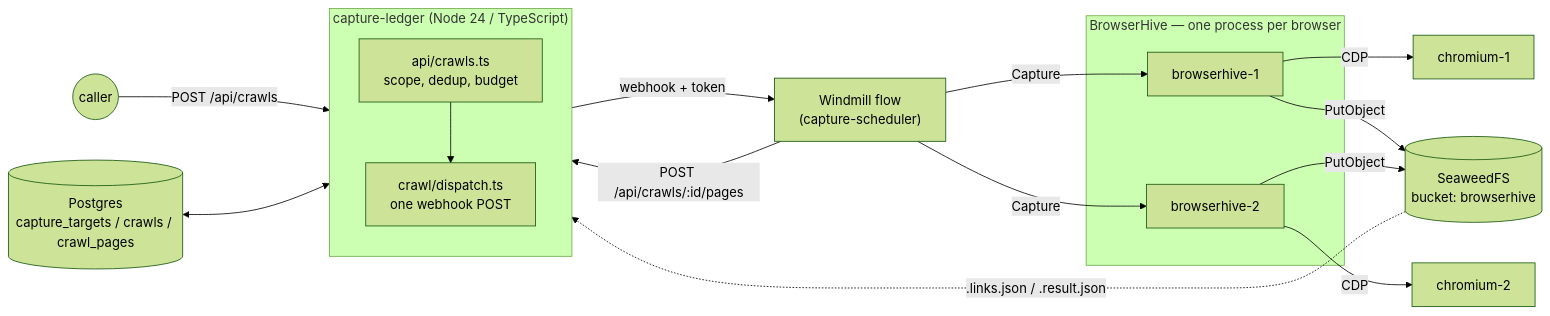
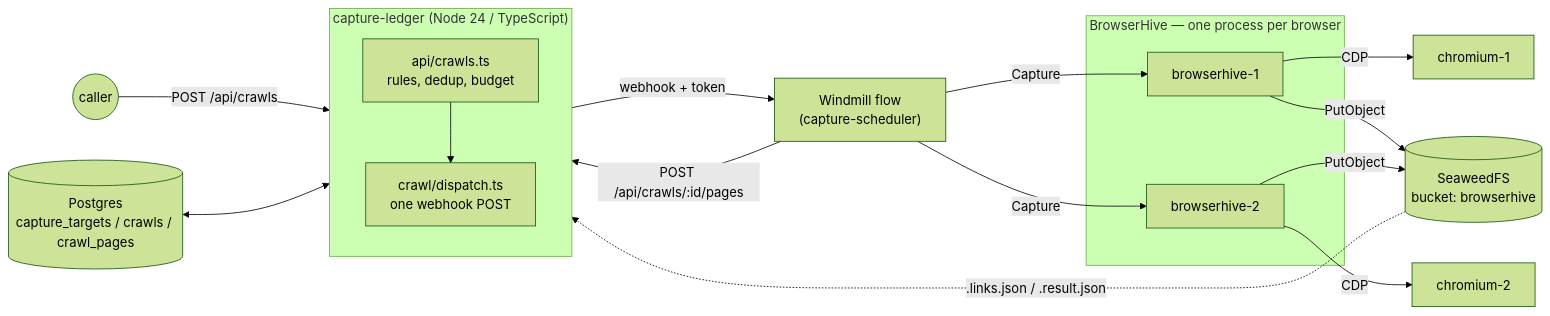
The first of 2 diagrams in docs-site/src/content/docs/architecture.mdx (uraitakahito/capture-ledger), drawn with Mermaid (forest theme) before and after one commit. The commit also changed 23 other files, not shown here.

````diff
--- a/docs-site/src/content/docs/architecture.mdx
+++ b/docs-site/src/content/docs/architecture.mdx
@@ -8,24 +8,24 @@
 ```mermaid
 flowchart LR
   U((caller)) -->|"POST /api/crawls"| W
   PG[("Postgres<br/>capture_targets / crawls / crawl_pages")] <--> W
   subgraph W["capture-ledger (Node 24 / TypeScript)"]
     direction TB
-    API["api/crawls.ts<br/>scope, dedup, budget"]
+    API["api/crawls.ts<br/>rules, dedup, budget"]
     DIS["crawl/dispatch.ts<br/>one webhook POST"]
     API --> DIS
   end
   DIS -->|"webhook + token"| WM["Windmill flow<br/>(capture-scheduler)"]
   WM -->|Capture| BH1
   WM -->|Capture| BH2
   subgraph BH["BrowserHive — one process per browser"]
     BH1[browserhive-1]
     BH2[browserhive-2]
   end
   BH1 -->|CDP| C1[chromium-1]
   BH2 -->|CDP| C2[chromium-2]
   BH1 -->|PutObject| S3[(SeaweedFS<br/>bucket: browserhive)]
   BH2 -->|PutObject| S3
   WM -->|"POST /api/crawls/:id/pages"| API
   S3 -.->|".links.json / .result.json"| API
 ```
````
